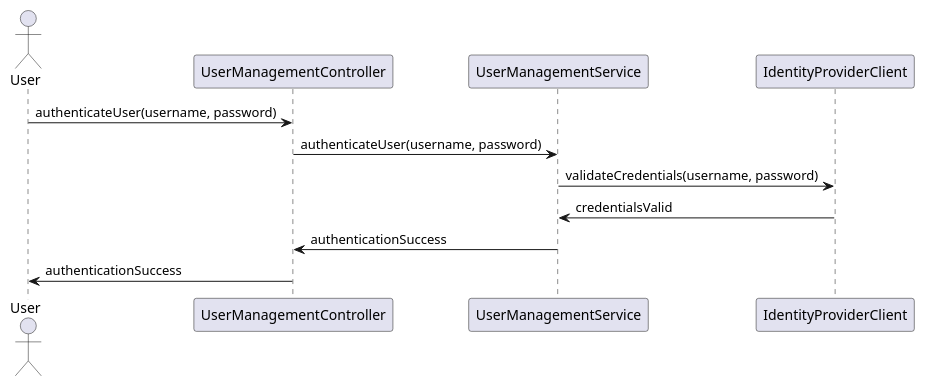
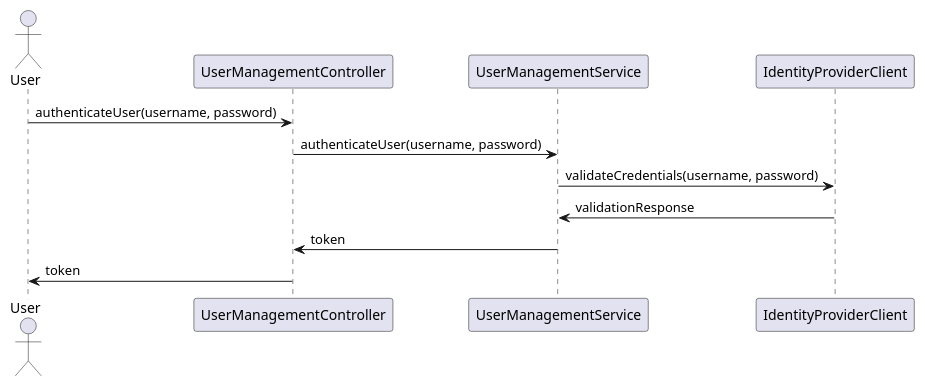
The second of 4 diagrams in usermanagement/documentation/detaileddesign.adoc (Dinesh-s95/AutoDoc.ai), drawn with PlantUML before and after one commit. The commit also changed other lines of this file and 15 other files, not shown here.

```diff
--- a/usermanagement/documentation/detaileddesign.adoc
+++ b/usermanagement/documentation/detaileddesign.adoc
@@ -130,16 +127,16 @@
-[plantuml, authentication-flow, png]
+[plantuml, authentication-sequence, png]
 ----
 @startuml
 actor User
 participant "UserManagementController" as Controller
 participant "UserManagementService" as Service
 participant "IdentityProviderClient" as IdentityProvider
 
 User -> Controller : authenticateUser(username, password)
 Controller -> Service : authenticateUser(username, password)
 Service -> IdentityProvider : validateCredentials(username, password)
-IdentityProvider -> Service : credentialsValid
-Service -> Controller : authenticationSuccess
-Controller -> User : authenticationSuccess
+IdentityProvider -> Service : validationResponse
+Service -> Controller : token
+Controller -> User : token
 @enduml
 ----
```
